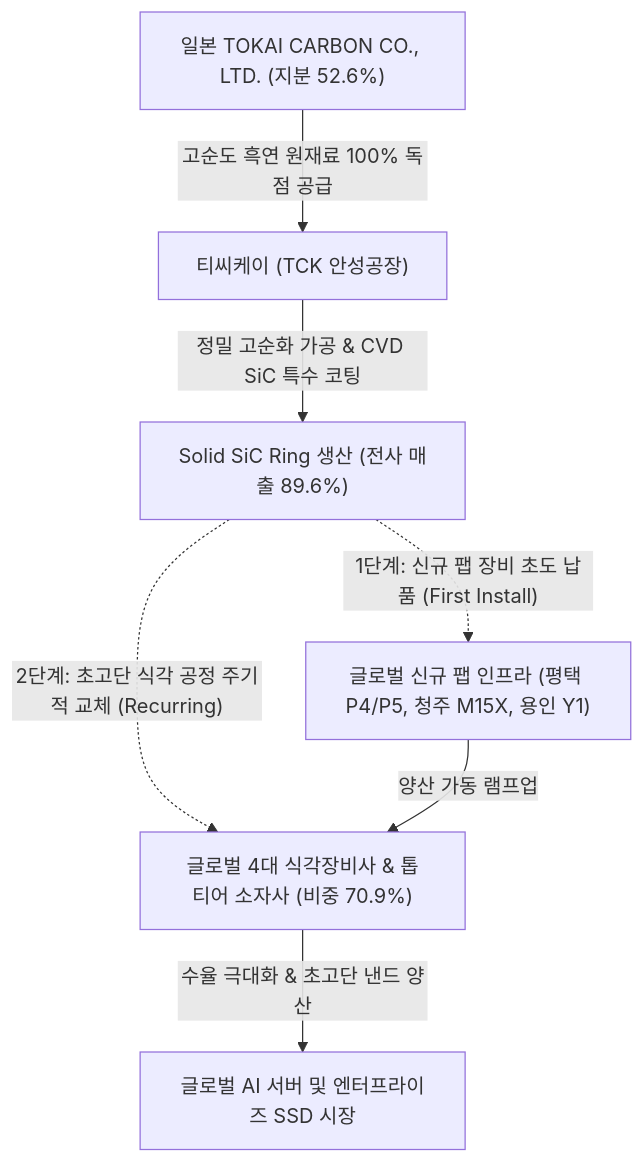
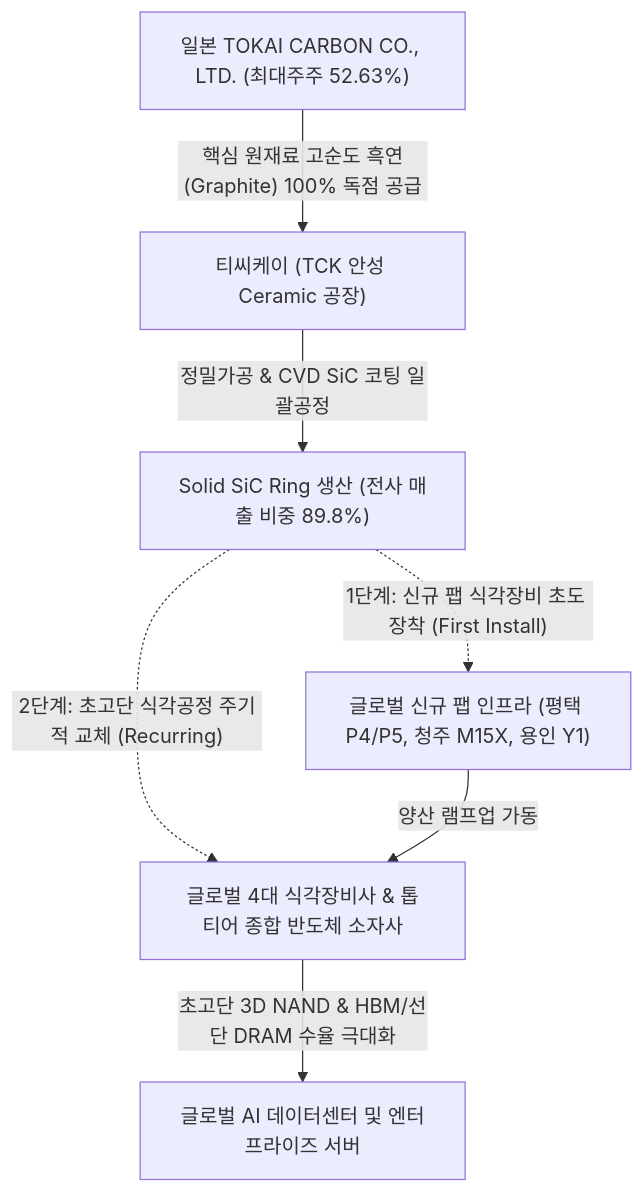
Before and after one commit to eve830521-cmd/my-skill: the diagram in Stock_Research/티씨케이/3_Final_Reports/Phase1_Report.md, drawn with Mermaid. The commit also changed other lines of this file and 84 other files, not shown here.

````diff
--- a/Stock_Research/티씨케이/3_Final_Reports/Phase1_Report.md
+++ b/Stock_Research/티씨케이/3_Final_Reports/Phase1_Report.md
@@ -25,9 +19,9 @@
 ```mermaid
 graph TD
-    A["일본 TOKAI CARBON CO., LTD. (지분 52.6%)"] -->|"고순도 흑연 원재료 100% 독점 공급"| B["티씨케이 (TCK 안성공장)"]
-    B -->|"정밀 고순화 가공 & CVD SiC 특수 코팅"| C["Solid SiC Ring 생산 (전사 매출 89.6%)"]
-    C -. "1단계: 신규 팹 장비 초도 납품 (First Install)" .-> D["글로벌 신규 팹 인프라 (평택 P4/P5, 청주 M15X, 용인 Y1)"]
-    C -. "2단계: 초고단 식각 공정 주기적 교체 (Recurring)" .-> E["글로벌 4대 식각장비사 & 톱티어 소자사 (비중 70.9%)"]
-    D -->|"양산 가동 램프업"| E
-    E -->|"수율 극대화 & 초고단 낸드 양산"| F["글로벌 AI 서버 및 엔터프라이즈 SSD 시장"]
+    A["일본 TOKAI CARBON CO., LTD. (최대주주 52.63%)"] -->|"핵심 원재료 고순도 흑연(Graphite) 100% 독점 공급"| B["티씨케이 (TCK 안성 Ceramic 공장)"]
+    B -->|"정밀가공 & CVD SiC 코팅 일괄공정"| C["Solid SiC Ring 생산 (전사 매출 비중 89.8%)"]
+    C -. "1단계: 신규 팹 식각장비 초도 장착 (First Install)" .-> D["글로벌 신규 팹 인프라 (평택 P4/P5, 청주 M15X, 용인 Y1)"]
+    C -. "2단계: 초고단 식각공정 주기적 교체 (Recurring)" .-> E["글로벌 4대 식각장비사 & 톱티어 종합 반도체 소자사"]
+    D -->|"양산 램프업 가동"| E
+    E -->|"초고단 3D NAND & HBM/선단 DRAM 수율 극대화"| F["글로벌 AI 데이터센터 및 엔터프라이즈 서버"]
 ```
````
